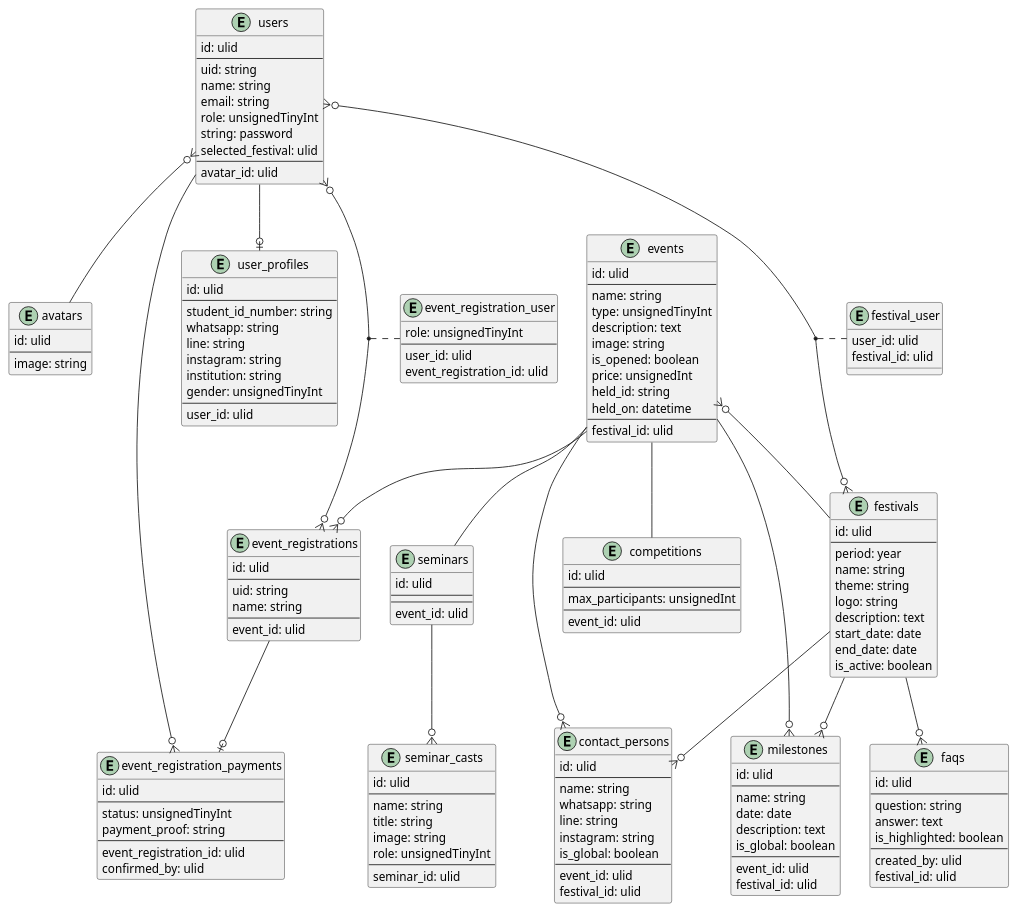
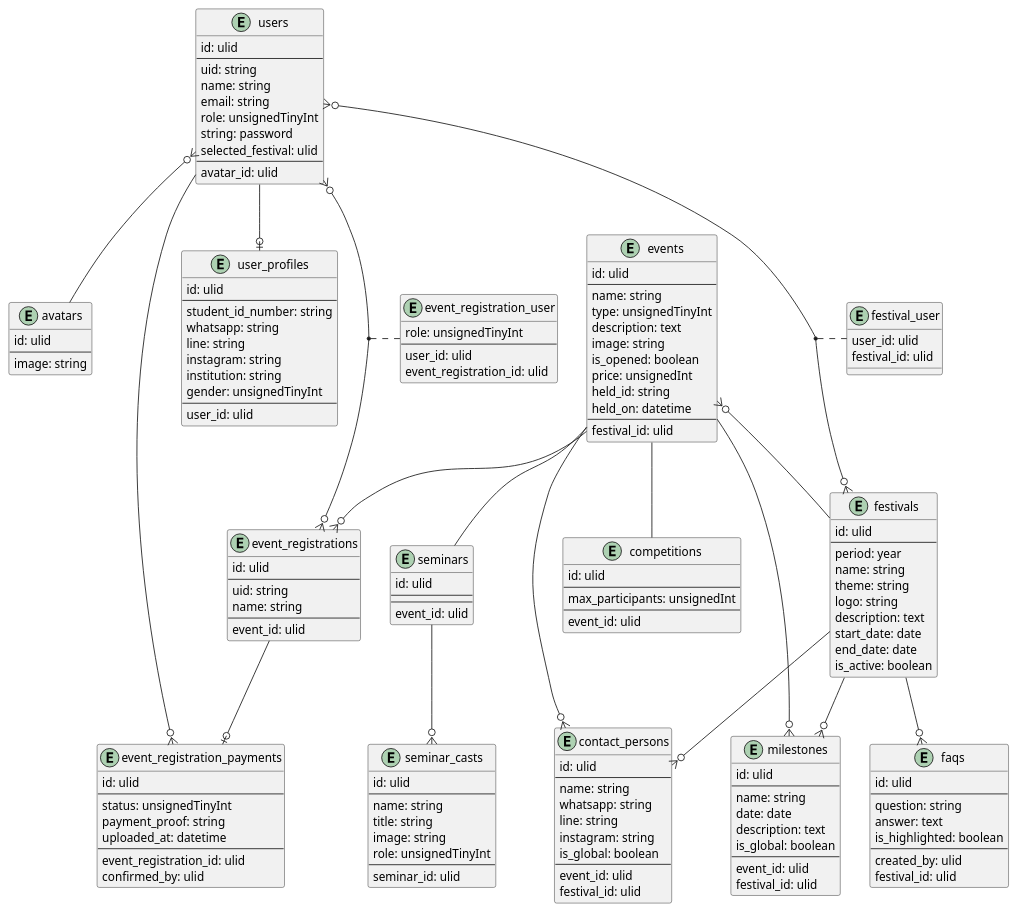
The diagram in database.puml (himasiskounsri/technofest_admin), drawn with PlantUML before and after one commit. The commit also changed 11 other files, not shown here.

```diff
--- a/database.puml
+++ b/database.puml
@@ -1,190 +1,191 @@
 @startuml database
 
 entity users {
     id: ulid
     --
     uid: string
     name: string
     email: string
     role: unsignedTinyInt
     string: password
     selected_festival: ulid
     --
     avatar_id: ulid
 }
 
 entity user_profiles {
     id: ulid
     --
     student_id_number: string
     whatsapp: string
     line: string
     instagram: string
     institution: string
     gender: unsignedTinyInt
     --
     user_id: ulid
 }
 
 entity festivals {
     id: ulid
     --
     period: year
     name: string
     theme: string
     logo: string
     description: text
     start_date: date
     end_date: date
     is_active: boolean
 }
 
 entity events {
     id: ulid
     --
     name: string
     type: unsignedTinyInt
     description: text
     image: string
     is_opened: boolean
     price: unsignedInt
     held_id: string
     held_on: datetime
     --
     festival_id: ulid
 }
 
 entity event_registrations {
     id: ulid
     --
     uid: string
     name: string
     --
     event_id: ulid
 }
 
 entity event_registration_payments {
     id: ulid
     --
     status: unsignedTinyInt
     payment_proof: string
+    uploaded_at: datetime
     --
     event_registration_id: ulid
     confirmed_by: ulid
 }
 
 entity milestones {
     id: ulid
     --
     name: string
     date: date
     description: text
     is_global: boolean
     --
     event_id: ulid
     festival_id: ulid
 }
 
 entity contact_persons {
     id: ulid
     --
     name: string
     whatsapp: string
     line: string
     instagram: string
     is_global: boolean
     --
     event_id: ulid
     festival_id: ulid
 }
 
 entity competitions {
     id: ulid
     --
     max_participants: unsignedInt
     --
     event_id: ulid
 }
 
 entity seminars {
     id: ulid
     --
     --
     event_id: ulid
 }
 
 entity seminar_casts {
     id: ulid
     --
     name: string
     title: string
     image: string
     role: unsignedTinyInt
     --
     seminar_id: ulid
 }
 
 entity faqs {
     id: ulid
     --
     question: string
     answer: text
     is_highlighted: boolean
     --
     created_by: ulid
     festival_id: ulid
 }
 
 entity event_registration_user {
     role: unsignedTinyInt
     --
     user_id: ulid
     event_registration_id: ulid
 }
 
 entity festival_user {
     user_id: ulid
     festival_id: ulid
 }
 
 entity avatars {
     id: ulid
     --
     image: string
 }
 
 events }o-- festivals
 
 events --o{ contact_persons
 
 events --o{ milestones
 
 events -- competitions
 
 events -- seminars
 
 events --o{ event_registrations
 
 seminars --o{ seminar_casts
 
 festivals --o{ faqs
 
 festivals --o{ contact_persons
 
 festivals --o{ milestones
 
 users --o| user_profiles
 
 users }o--o{ festivals
 (users, festivals) .. festival_user
 
 users }o-- avatars
 
 users }o--o{ event_registrations
 (users, event_registrations) .. event_registration_user
 
 users --o{ event_registration_payments
 
 event_registrations --o| event_registration_payments
 
 @enduml
```
